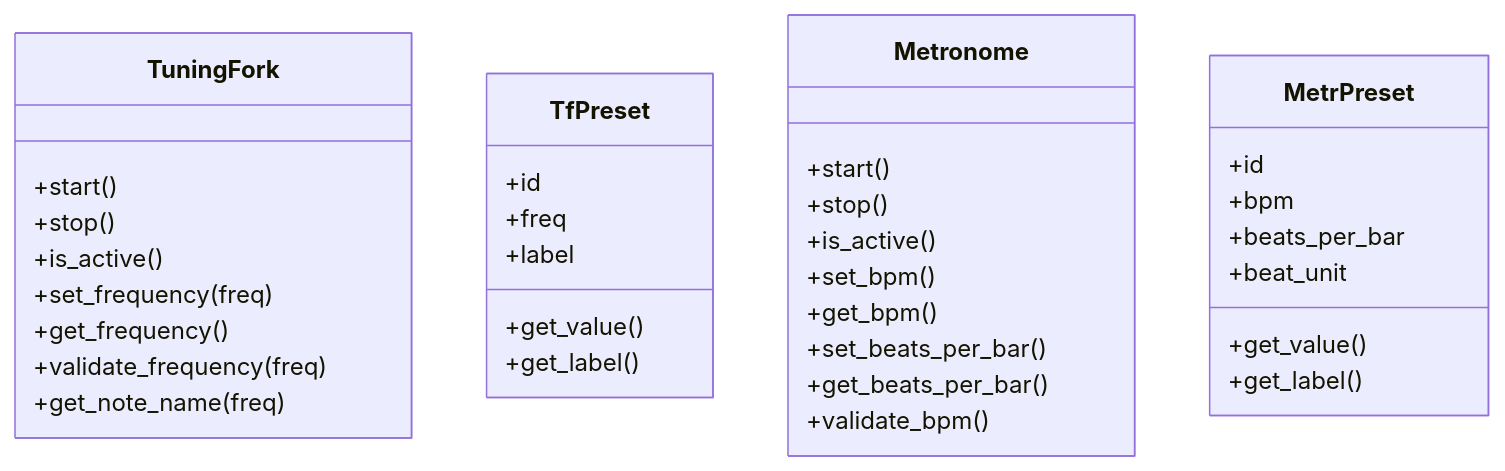
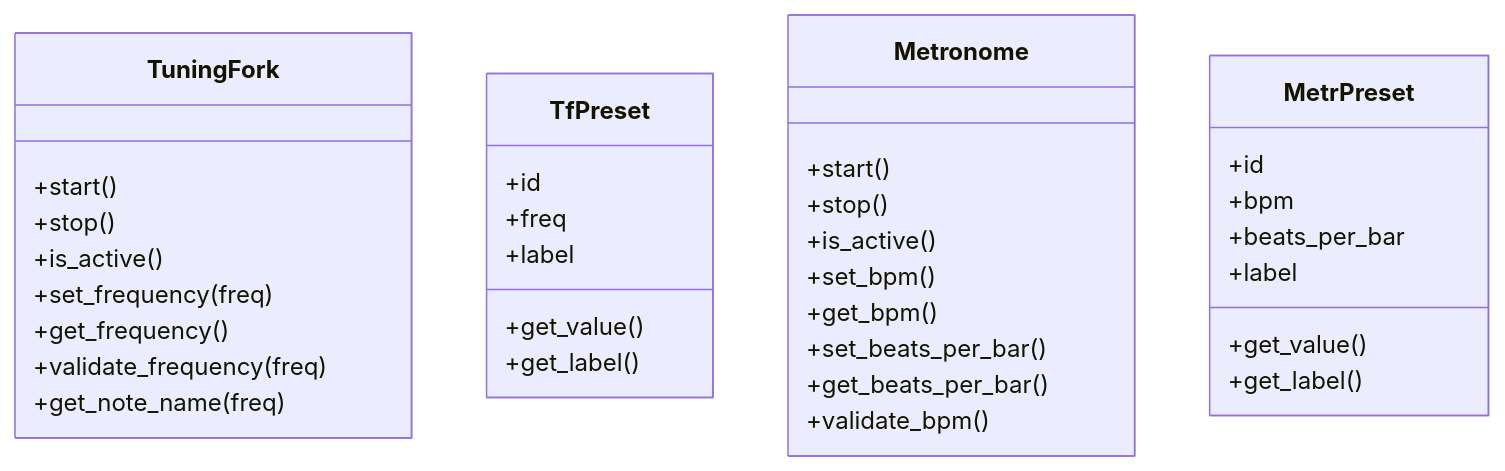
Before and after one commit to piamanns/ot-harjoitustyo: the first of 4 diagrams in musictools/dokumentaatio/arkkitehtuuri.md, drawn with Mermaid. The commit also changed other lines of this file and 2 other files, not shown here.

````diff
--- a/musictools/dokumentaatio/arkkitehtuuri.md
+++ b/musictools/dokumentaatio/arkkitehtuuri.md
@@ -40,40 +40,40 @@
 ```mermaid
 classDiagram
     class TuningFork{   
         +start()
         +stop()
         +is_active()
         +set_frequency(freq)
         +get_frequency()
         +validate_frequency(freq)
         +get_note_name(freq)
     }
     
     class TfPreset{
         +id
         +freq
         +label
         +get_value()
         +get_label()
     }
     
     class Metronome{
         +start()
         +stop()
         +is_active()
         +set_bpm()
         +get_bpm()
         +set_beats_per_bar()
         +get_beats_per_bar()
         +validate_bpm()
     }
     
     class MetrPreset{
         +id
         +bpm
         +beats_per_bar
-        +beat_unit
+        +label
         +get_value()
         +get_label()
     }    
 ```
````
